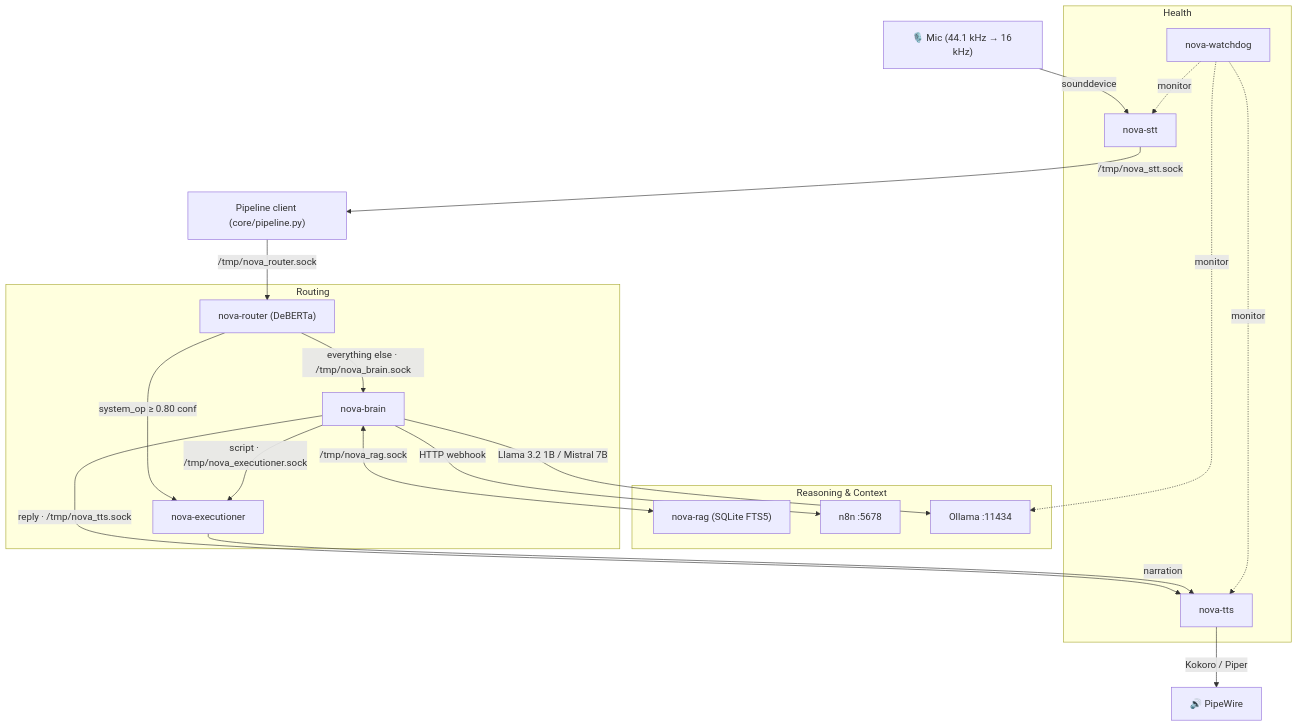
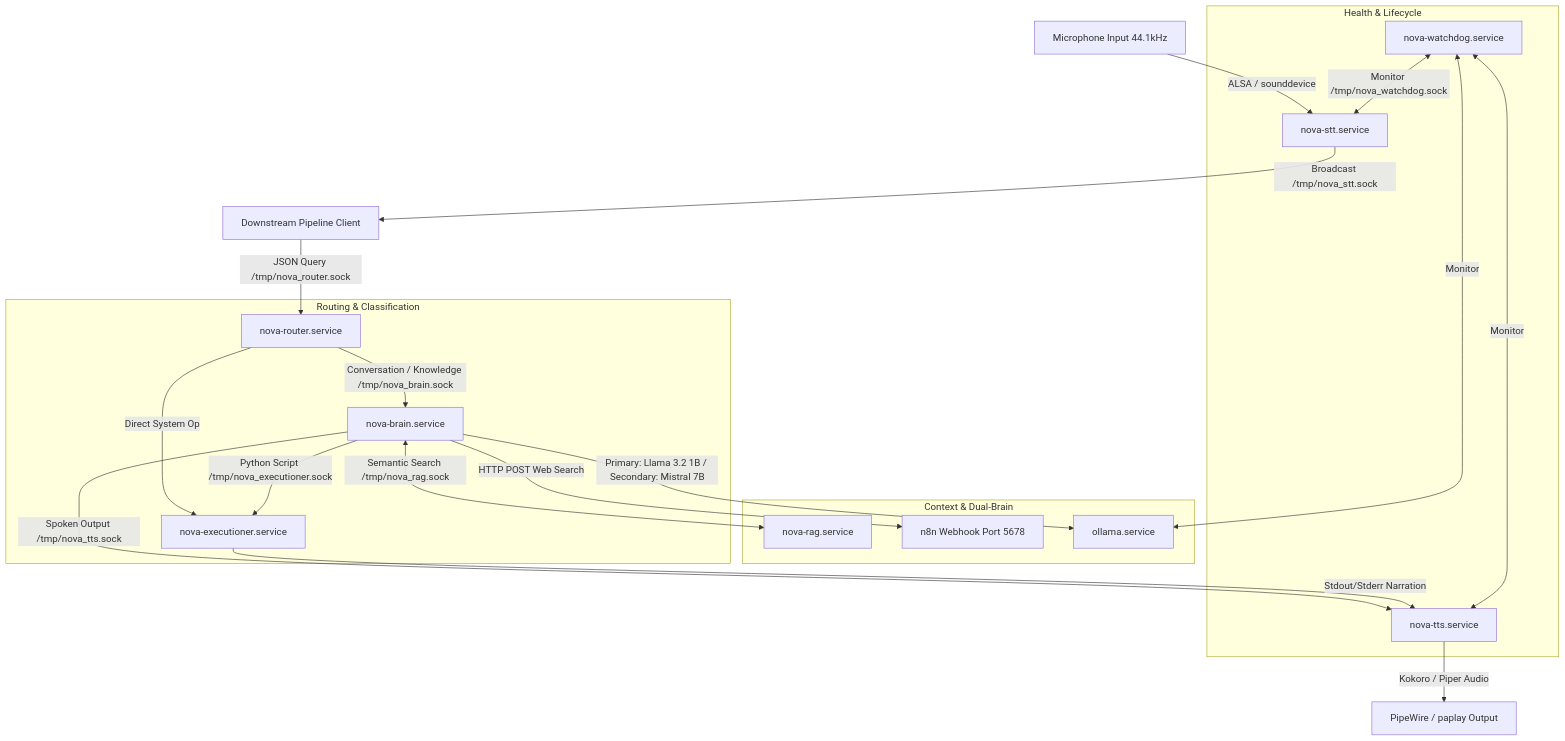
One commit to phoenix2610/NOVA_AI changed the diagram in README.md. Above: the diagram before and after it, drawn with Mermaid. The commit also changed other lines of this file and 1 other file, not shown here.

````diff
--- a/README.md
+++ b/README.md
@@ -34,28 +9,28 @@
 ```mermaid
 graph TD
-    Mic["🎙️ Mic (44.1 kHz → 16 kHz)"] -->|sounddevice| STT[nova-stt]
-    STT -->|/tmp/nova_stt.sock| Client["Pipeline client (core/pipeline.py)"]
-    Client -->|/tmp/nova_router.sock| Router["nova-router (DeBERTa)"]
-
-    subgraph Routing
-        Router -->|system_op ≥ 0.80 conf| Exec[nova-executioner]
-        Router -->|everything else · /tmp/nova_brain.sock| Brain[nova-brain]
+    Mic[Microphone Input 44.1kHz] -->|ALSA / sounddevice| STT[nova-stt.service]
+    STT -->|Broadcast /tmp/nova_stt.sock| Client[Downstream Pipeline Client]
+    Client -->|JSON Query /tmp/nova_router.sock| Router[nova-router.service]
+    
+    subgraph Routing & Classification
+        Router -->|Direct System Op| Exec[nova-executioner.service]
+        Router -->|Conversation / Knowledge /tmp/nova_brain.sock| Brain[nova-brain.service]
     end
 
-    subgraph Reasoning & Context
-        Brain <-->|/tmp/nova_rag.sock| RAG["nova-rag (SQLite FTS5)"]
-        Brain -->|HTTP webhook| N8N["n8n :5678"]
-        Brain -->|Llama 3.2 1B / Mistral 7B| Ollama["Ollama :11434"]
+    subgraph Context & Dual-Brain
+        Brain <-->|Semantic Search /tmp/nova_rag.sock| RAG[nova-rag.service]
+        Brain -->|HTTP POST Web Search| N8N[n8n Webhook Port 5678]
+        Brain -->|Primary: Llama 3.2 1B / Secondary: Mistral 7B| Ollama[ollama.service]
     end
 
-    Brain -->|script · /tmp/nova_executioner.sock| Exec
-    Brain -->|reply · /tmp/nova_tts.sock| TTS[nova-tts]
-    Exec -->|narration| TTS
-    TTS -->|Kokoro / Piper| Speaker["🔊 PipeWire"]
+    Brain -->|Python Script /tmp/nova_executioner.sock| Exec
+    Brain -->|Spoken Output /tmp/nova_tts.sock| TTS[nova-tts.service]
+    Exec -->|Stdout/Stderr Narration| TTS
+    TTS -->|Kokoro / Piper Audio| Speaker[PipeWire / paplay Output]
 
-    subgraph Health
-        WDG[nova-watchdog] -.->|monitor| STT
-        WDG -.->|monitor| TTS
-        WDG -.->|monitor| Ollama
+    subgraph Health & Lifecycle
+        WDG[nova-watchdog.service] <-->|Monitor /tmp/nova_watchdog.sock| STT
+        WDG <-->|Monitor| TTS
+        WDG <-->|Monitor| Ollama
     end
 ```
````
